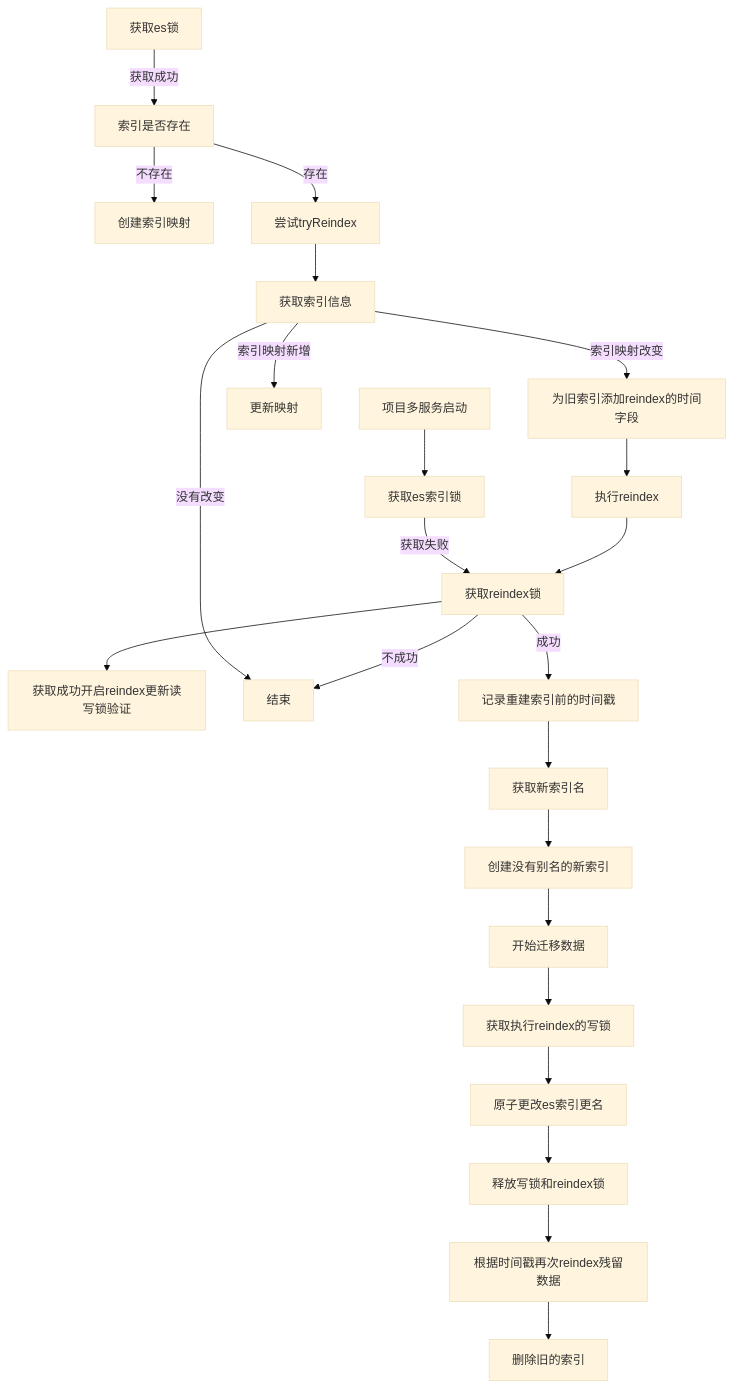
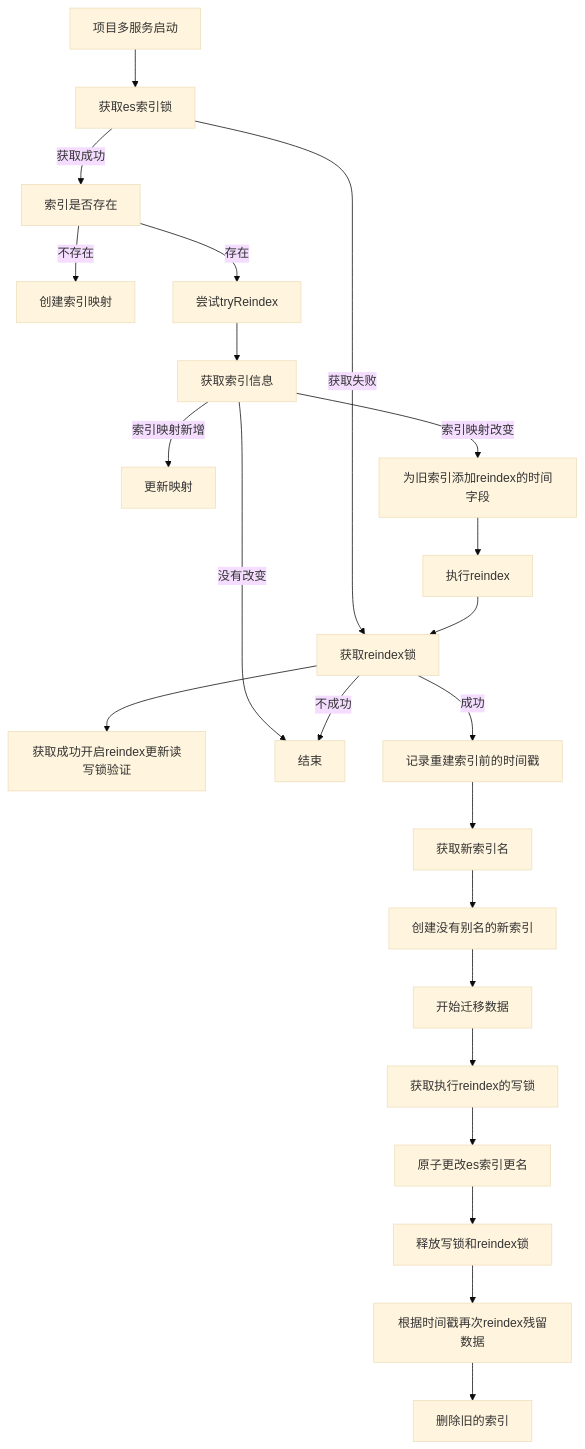
Before and after one commit to zhaohaoh/es-plus: the first of 2 diagrams in reindex流程图.md, drawn with Mermaid (base theme).

Commit message:
es包迁移.代码用设计模式重构.加入外观模式.工厂模式.解耦.客户端支持可扩展.分布式锁的实现.包路径更改.改名为es-plus

````diff
--- a/reindex流程图.md
+++ b/reindex流程图.md
@@ -3,13 +3,13 @@
 ```mermaid
 graph TD
 项目多服务启动-->获取es索引锁-->|获取失败| 获取reindex锁--> 获取成功开启reindex更新读写锁验证
-获取es锁-->|获取成功| 索引是否存在-->|不存在| 创建索引映射
+获取es索引锁-->|获取成功| 索引是否存在-->|不存在| 创建索引映射
  索引是否存在-->|存在| 尝试tryReindex-->获取索引信息--> |索引映射新增| 更新映射 
 获取索引信息--> |没有改变| 结束 
 获取索引信息--> |索引映射改变| 为旧索引添加reindex的时间字段--> 执行reindex-->获取reindex锁-->|不成功| 结束
 获取reindex锁-->|成功| 记录重建索引前的时间戳-->获取新索引名-->创建没有别名的新索引-->开始迁移数据
 -->获取执行reindex的写锁-->原子更改es索引更名-->释放写锁和reindex锁
 -->根据时间戳再次reindex残留数据-->删除旧的索引
 
  
 ```
````
